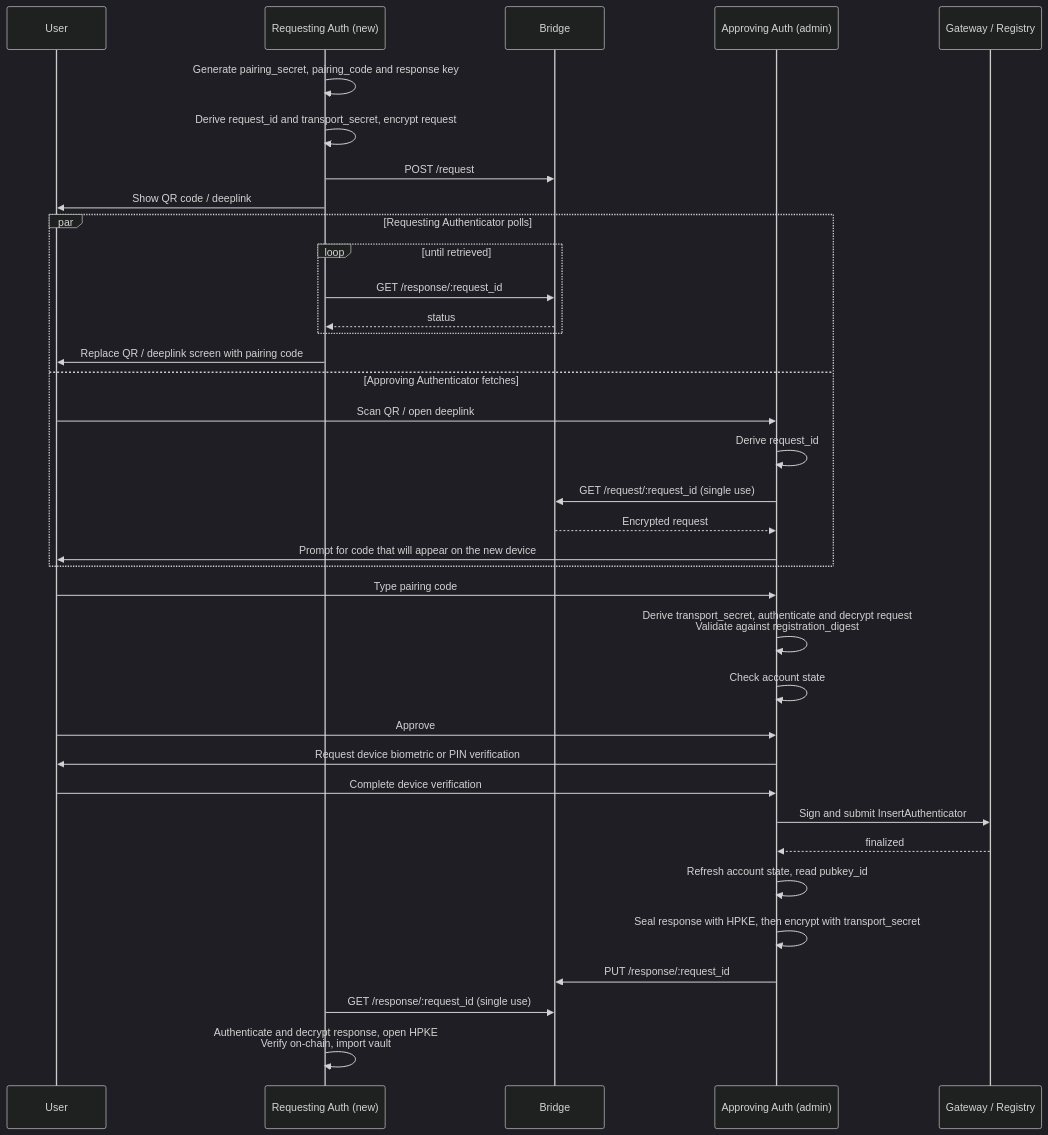
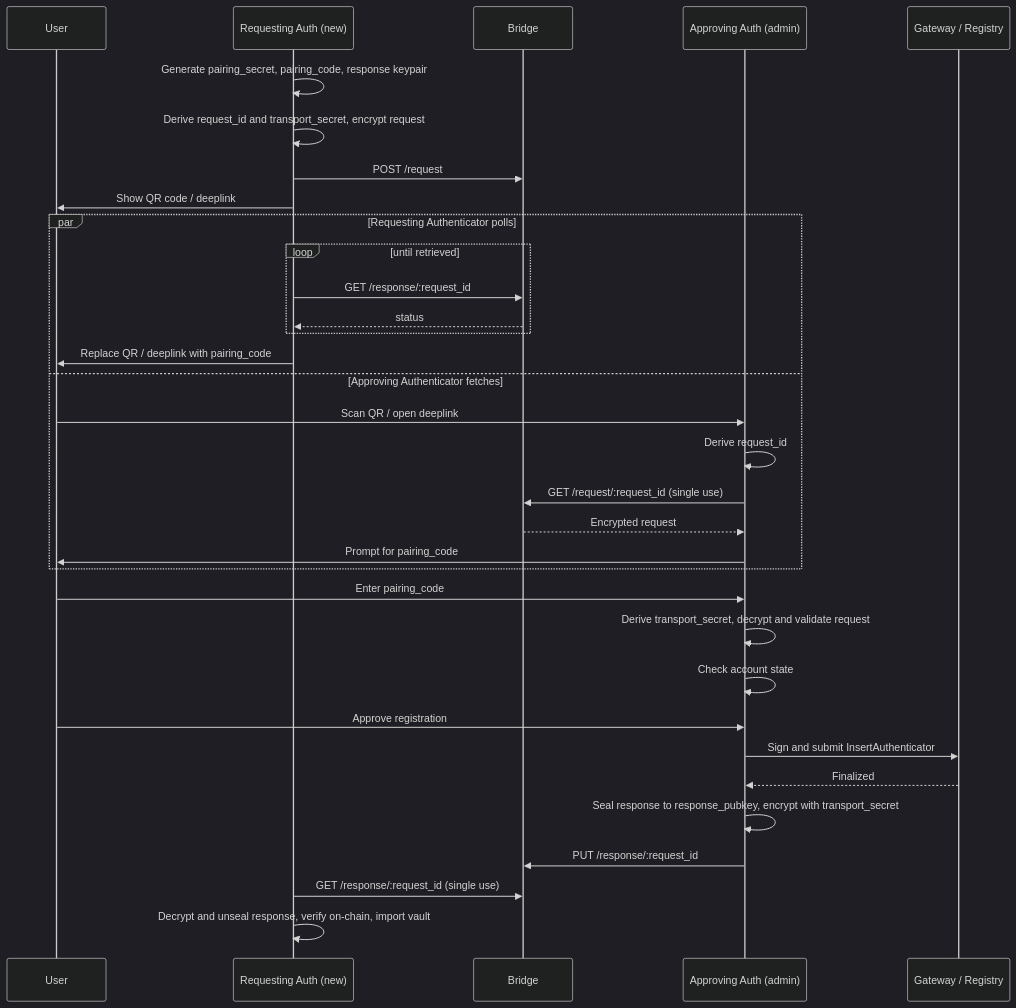
Before and after one commit to worldcoin/world-id-protocol: the diagram in docs/WIPs/wip-109.md, drawn with Mermaid (dark theme). The commit also changed other lines of this file, not shown here.

````diff
--- a/docs/WIPs/wip-109.md
+++ b/docs/WIPs/wip-109.md
@@ -47,39 +39,36 @@
 ```mermaid
 sequenceDiagram
     participant u as User
     participant r as Requesting Auth (new)
     participant b as Bridge
     participant a as Approving Auth (admin)
     participant g as Gateway / Registry
 
-    r->>r: Generate pairing_secret, pairing_code and response key
+    r->>r: Generate pairing_secret, pairing_code, response keypair
     r->>r: Derive request_id and transport_secret, encrypt request
     r->>b: POST /request
     r->>u: Show QR code / deeplink
     par Requesting Authenticator polls
         loop until retrieved
             r->>b: GET /response/:request_id
             b-->>r: status
         end
-        r->>u: Replace QR / deeplink screen with pairing code
+        r->>u: Replace QR / deeplink with pairing_code
     and Approving Authenticator fetches
         u->>a: Scan QR / open deeplink
         a->>a: Derive request_id
         a->>b: GET /request/:request_id (single use)
         b-->>a: Encrypted request
-        a->>u: Prompt for code that will appear on the new device
+        a->>u: Prompt for pairing_code
     end
-    u->>a: Type pairing code
-    a->>a: Derive transport_secret, authenticate and decrypt request<br/>Validate against registration_digest
+    u->>a: Enter pairing_code
+    a->>a: Derive transport_secret, decrypt and validate request
     a->>a: Check account state
-    u->>a: Approve
-    a->>u: Request device biometric or PIN verification
-    u->>a: Complete device verification
+    u->>a: Approve registration
     a->>g: Sign and submit InsertAuthenticator
-    g-->>a: finalized
-    a->>a: Refresh account state, read pubkey_id
-    a->>a: Seal response with HPKE, then encrypt with transport_secret
+    g-->>a: Finalized
+    a->>a: Seal response to response_pubkey, encrypt with transport_secret
     a->>b: PUT /response/:request_id
     r->>b: GET /response/:request_id (single use)
-    r->>r: Authenticate and decrypt response, open HPKE<br/>Verify on-chain, import vault
+    r->>r: Decrypt and unseal response, verify on-chain, import vault
 ```
````
